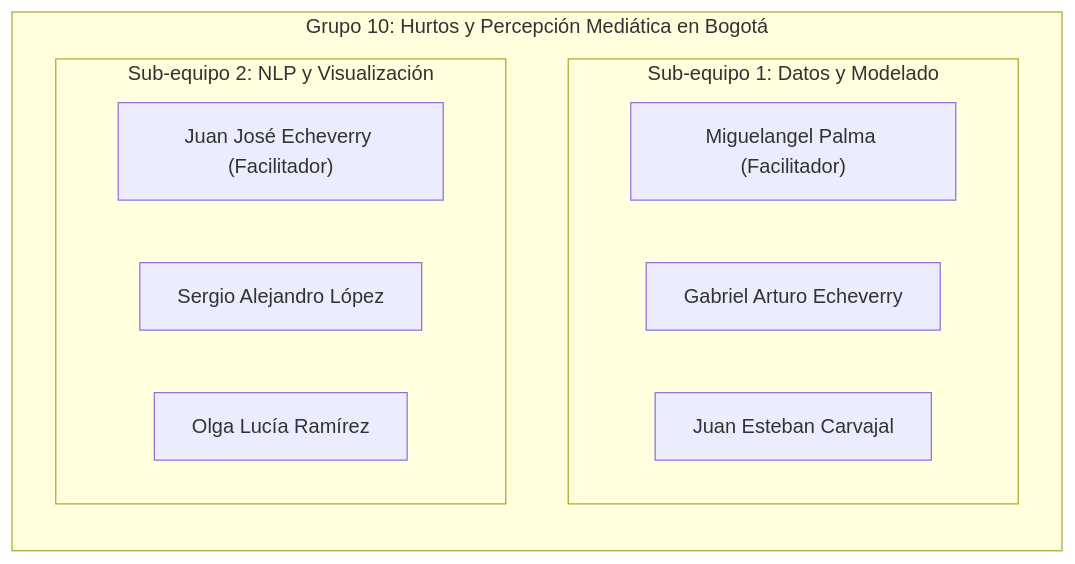
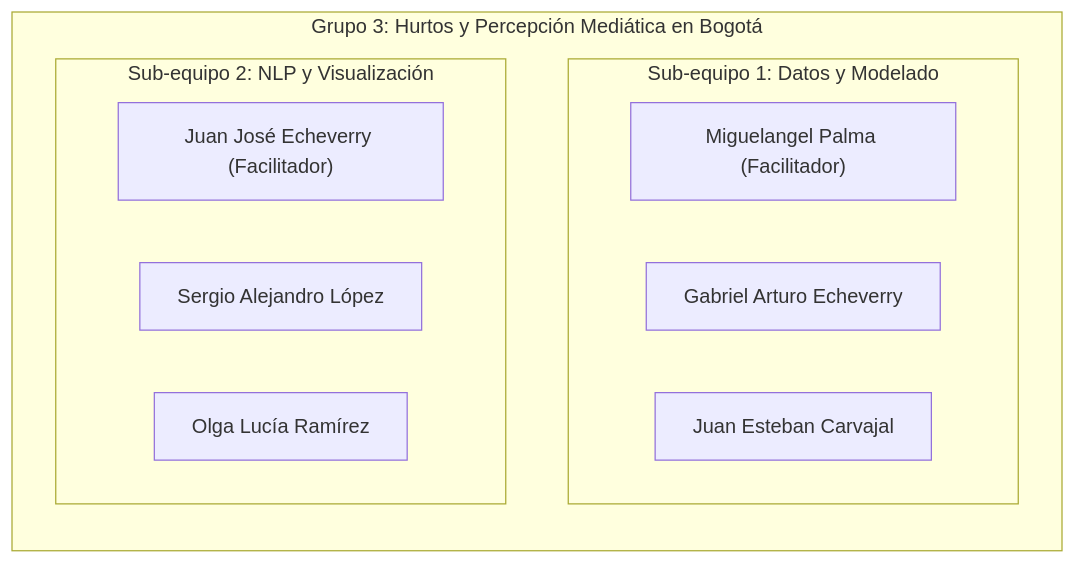
Before and after one commit to juanjo-edm/Repo_Entrega_Final_Taller_R: the diagram in docs/proyecto/README.md, drawn with Mermaid. The commit also changed other lines of this file and 28 other files, not shown here.

````diff
--- a/docs/proyecto/README.md
+++ b/docs/proyecto/README.md
@@ -18,16 +18,16 @@
 ```mermaid
 flowchart TD
-    subgraph G10["Grupo 10: Hurtos y Percepción Mediática en Bogotá"]
+    subgraph G3["Grupo 3: Hurtos y Percepción Mediática en Bogotá"]
         direction TB
         subgraph Sub1["Sub-equipo 1: Datos y Modelado"]
             M1["Miguelangel Palma (Facilitador)"]
             M2["Gabriel Arturo Echeverry"]
             M3["Juan Esteban Carvajal"]
         end
         subgraph Sub2["Sub-equipo 2: NLP y Visualización"]
             J1["Juan José Echeverry (Facilitador)"]
             J2["Sergio Alejandro López"]
             J3["Olga Lucía Ramírez"]
         end
     end
 ```
````
